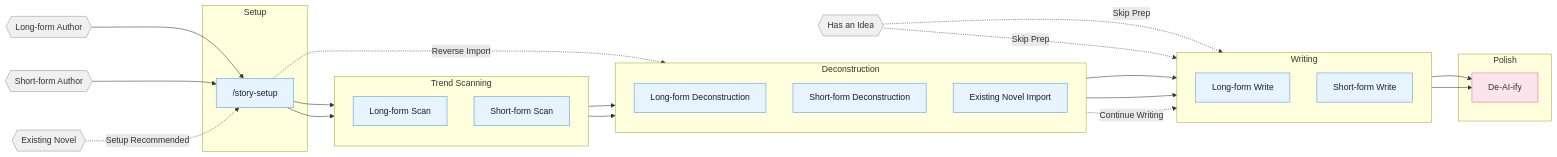
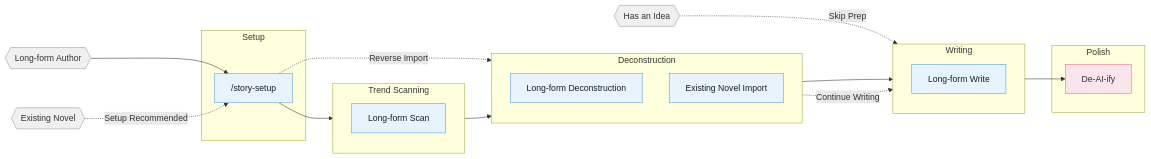
One commit to Chained1001/mo-shu changed the diagram in README_EN.md. Above: the diagram before and after it, drawn with Mermaid. The commit also changed other lines of this file and 5 other files, not shown here.

````diff
--- a/README_EN.md
+++ b/README_EN.md
@@ -31,54 +31,44 @@
 ```mermaid
 flowchart LR
     classDef entry fill:#f0f0f0,color:#333,stroke:#999,stroke-width:1px
     classDef phase fill:#e8f4fd,color:#1a1a2e,stroke:#4a9be8,stroke-width:1px
     classDef final fill:#fce4ec,color:#333,stroke:#e57373,stroke-width:1px
 
     entry_l{{"Long-form Author"}}:::entry
-    entry_s{{"Short-form Author"}}:::entry
     entry_r{{"Has an Idea"}}:::entry
     entry_i{{"Existing Novel"}}:::entry
 
     subgraph S0 ["  Setup"]
         setup["/story-setup"]:::phase
     end
 
     subgraph S1 ["  Trend Scanning"]
         direction TB
         scan_l["Long-form Scan"]:::phase
-        scan_s["Short-form Scan"]:::phase
     end
 
     subgraph S2 ["  Deconstruction"]
         direction TB
         analyze_l["Long-form Deconstruction"]:::phase
-        analyze_s["Short-form Deconstruction"]:::phase
         import_l["Existing Novel Import"]:::phase
     end
 
     subgraph S3 ["  Writing"]
         direction TB
         write_l["Long-form Write"]:::phase
-        write_s["Short-form Write"]:::phase
     end
 
     subgraph S4 ["  Polish"]
         deslop["De-AI-ify"]:::final
     end
 
     entry_l --> setup
-    entry_s --> setup
     setup --> scan_l
-    setup --> scan_s
     scan_l --> analyze_l
-    scan_s --> analyze_s
     analyze_l --> write_l
-    analyze_s --> write_s
     entry_r -.->|Skip Prep| write_l
-    entry_r -.->|Skip Prep| write_s
     entry_i -.->|Setup Recommended| setup
     setup -.->|Reverse Import| import_l
     import_l -.->|Continue Writing| write_l
     write_l --> deslop
-    write_s --> deslop
 ```
````
